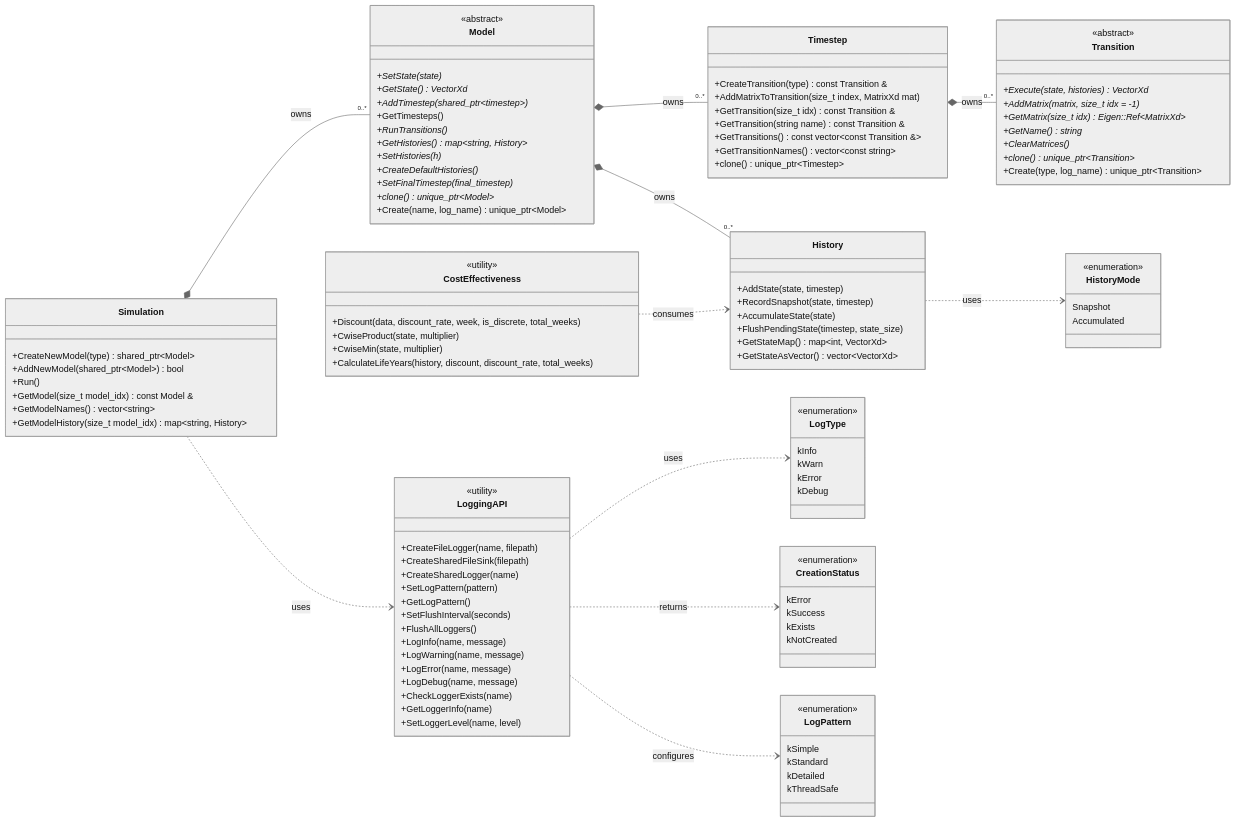
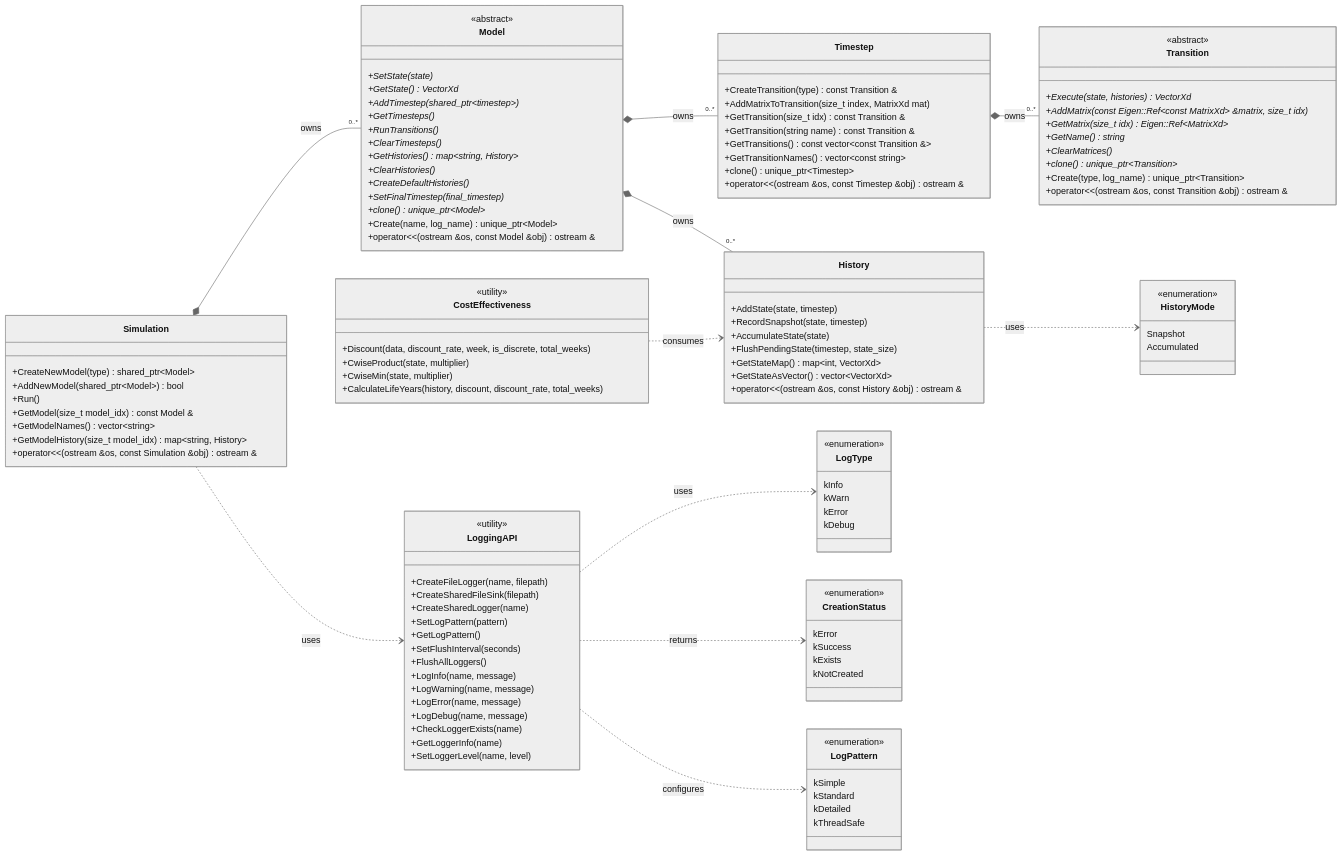
Before and after one commit to SyndemicsLab/respond: the first of 3 diagrams in docs/src/uml.md, drawn with Mermaid (neutral theme). The commit also changed other lines of this file and 5 other files, not shown here.

Commit message:
updating UML

```diff
--- a/docs/src/uml.md
+++ b/docs/src/uml.md
@@ -19,6 +19,7 @@
         +GetModel(size_t model_idx) const Model &
         +GetModelNames() vector~string~
         +GetModelHistory(size_t model_idx) map~string, History~
+        +operator<<(ostream &os, const Simulation &obj) ostream &
     }
 
     class Model {
@@ -26,14 +27,16 @@
         +SetState(state) *
         +GetState() VectorXd *
         +AddTimestep(shared_ptr~timestep~) *
-        +GetTimesteps() 
+        +GetTimesteps() *
         +RunTransitions() *
+        +ClearTimesteps() *
         +GetHistories() map~string, History~ *
-        +SetHistories(h) *
+        +ClearHistories() *
         +CreateDefaultHistories() *
         +SetFinalTimestep(final_timestep) *
         +clone() unique_ptr~Model~ *
         +Create(name, log_name) unique_ptr~Model~
+        +operator<<(ostream &os, const Model &obj) ostream &
     }
 
     class Timestep {
@@ -44,17 +47,19 @@
         +GetTransitions() const vector~const Transition &~
         +GetTransitionNames() vector~const string~
         +clone() unique_ptr~Timestep~
+        +operator<<(ostream &os, const Timestep &obj) ostream &
     }
 
     class Transition {
         <<abstract>>
         +Execute(state, histories) VectorXd *
-        +AddMatrix(matrix, size_t idx = -1) *
+        +AddMatrix(const Eigen::Ref~const MatrixXd~ &matrix, size_t idx) *
         +GetMatrix(size_t idx) Eigen::Ref~MatrixXd~ *
         +GetName() string *
         +ClearMatrices() *
         +clone() unique_ptr~Transition~ *
         +Create(type, log_name) unique_ptr~Transition~
+        +operator<<(ostream &os, const Transition &obj) ostream &
     }
 
     class History {
@@ -64,6 +69,7 @@
         +FlushPendingState(timestep, state_size)
         +GetStateMap() map~int, VectorXd~
         +GetStateAsVector() vector~VectorXd~
+        +operator<<(ostream &os, const History &obj) ostream &
     }
 
     class HistoryMode {
```
